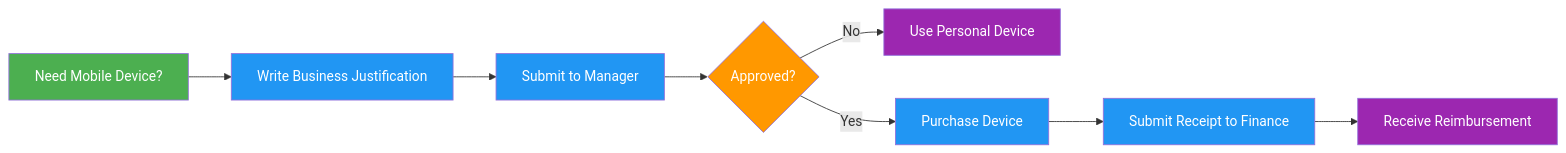
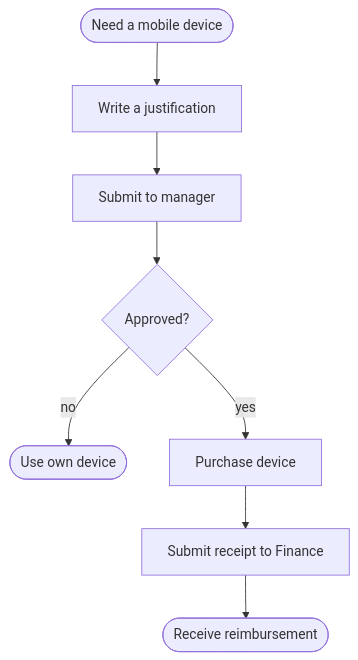
One commit to ultralytics/handbook changed the third of 4 diagrams in docs/en/tools/hardware.md. Above: the diagram before and after it, drawn with Mermaid. The commit also changed other lines of this file and 16 other files, not shown here.

Commit message:
Migrate handbook Mermaid diagrams to the unified design system (#363)

````diff
--- a/docs/en/tools/hardware.md
+++ b/docs/en/tools/hardware.md
@@ -197,15 +191,10 @@
 ```mermaid
-graph LR
-    A[Need Mobile Device?]:::start --> B[Write Business Justification]:::proc
-    B --> C[Submit to Manager]:::proc
-    C --> D{Approved?}:::decide
-    D -->|No| E[Use Personal Device]:::out
-    D -->|Yes| F[Purchase Device]:::proc
-    F --> G[Submit Receipt to Finance]:::proc
-    G --> H[Receive Reimbursement]:::out
-
-    classDef start fill:#4CAF50,color:#fff
-    classDef proc fill:#2196F3,color:#fff
-    classDef decide fill:#FF9800,color:#fff
-    classDef out fill:#9C27B0,color:#fff
+flowchart TD
+    A([Need a mobile device]) --> B[Write a justification]
+    B --> C[Submit to manager]
+    C --> D{Approved?}
+    D -->|no| E([Use own device])
+    D -->|yes| F[Purchase device]
+    F --> G[Submit receipt to Finance]
+    G --> H([Receive reimbursement])
 ```
````
